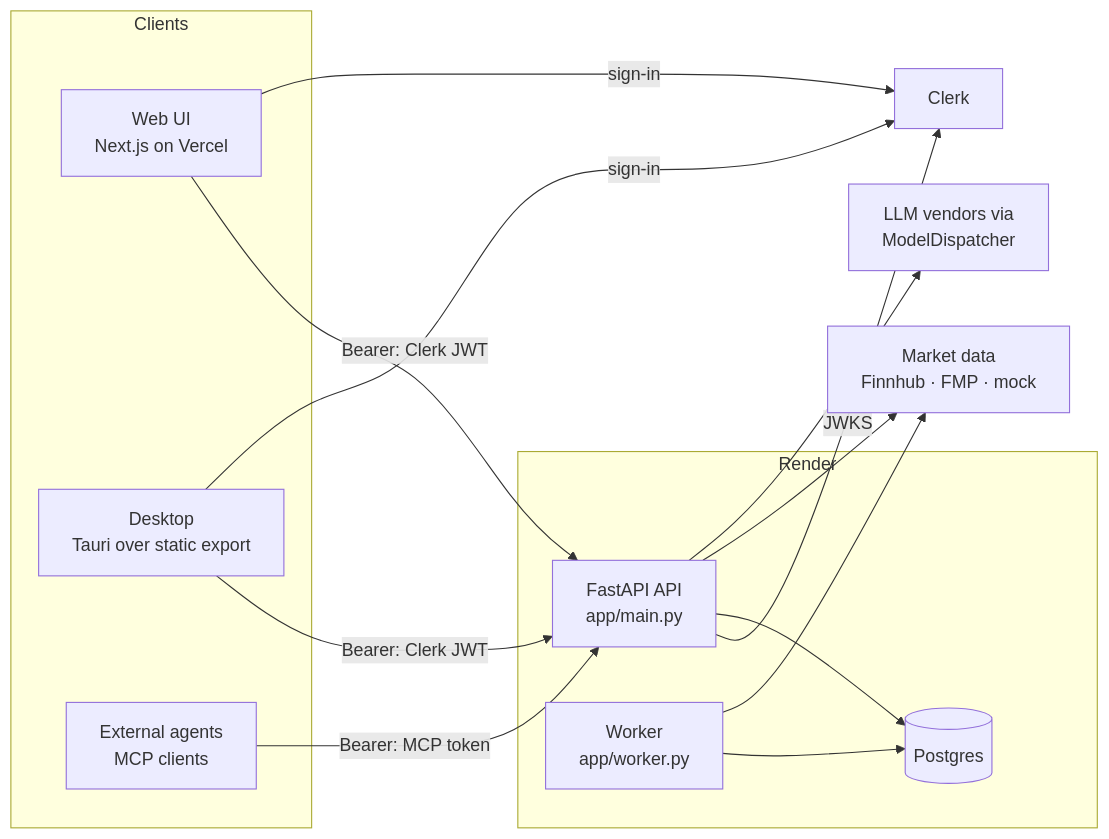
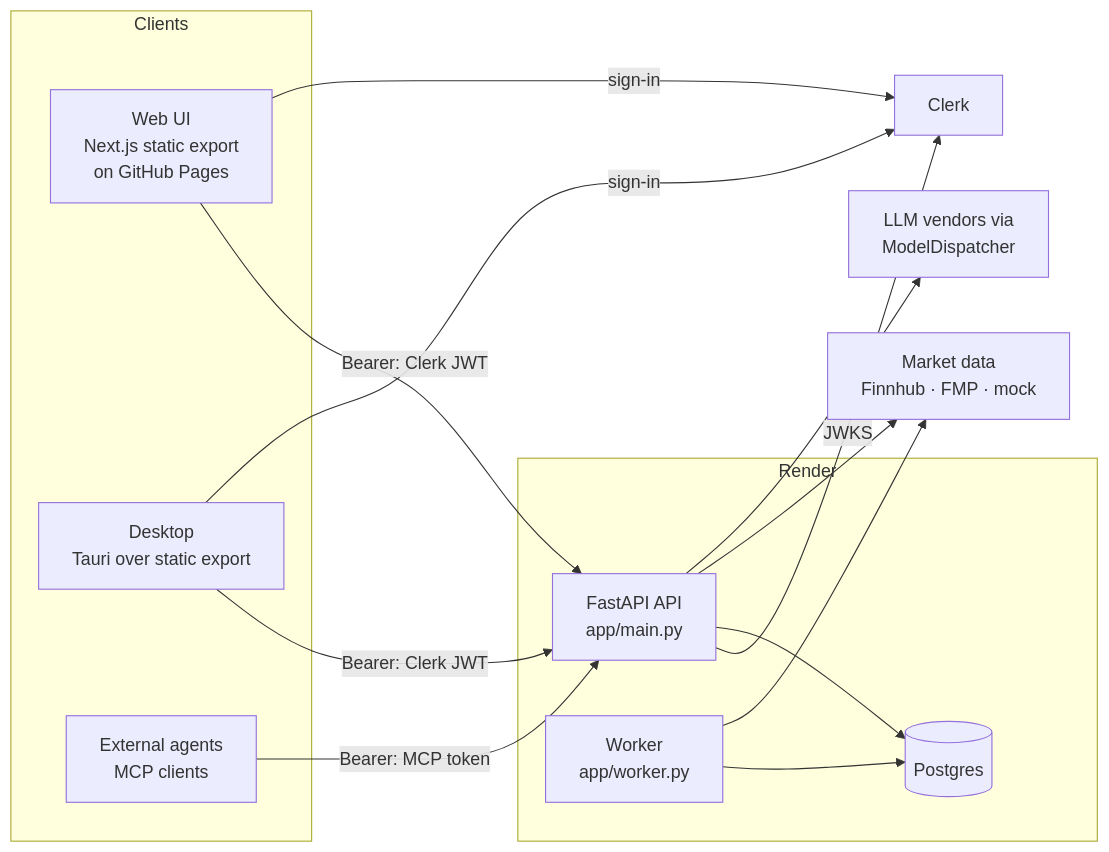
Before and after one commit to joka-7/MoatMine: the first of 2 diagrams in docs/HLD.md, drawn with Mermaid. The commit also changed 9 other files, not shown here.

First line of the commit message:
ci(web): deploy the static web UI to GitHub Pages

````diff
--- a/docs/HLD.md
+++ b/docs/HLD.md
@@ -55,27 +55,27 @@
 ```mermaid
 flowchart LR
   subgraph Clients
-    W[Web UI<br/>Next.js on Vercel]
+    W[Web UI<br/>Next.js static export<br/>on GitHub Pages]
     D[Desktop<br/>Tauri over static export]
     X[External agents<br/>MCP clients]
   end
   subgraph Render
     API[FastAPI API<br/>app/main.py]
     WK[Worker<br/>app/worker.py]
     PG[(Postgres)]
   end
   CL[Clerk]
   MD[Market data<br/>Finnhub · FMP · mock]
   AI[LLM vendors via<br/>ModelDispatcher]
 
   W -->|Bearer: Clerk JWT| API
   D -->|Bearer: Clerk JWT| API
   W & D -->|sign-in| CL
   API -->|JWKS| CL
   X -->|Bearer: MCP token| API
   API --> PG
   WK --> PG
   API --> MD
   WK --> MD
   API --> AI
 ```
````
